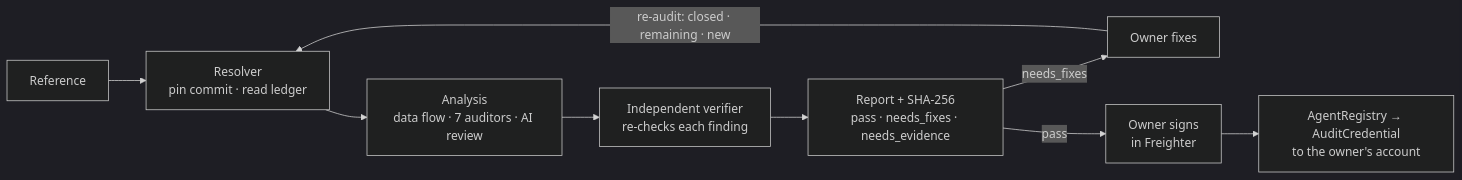
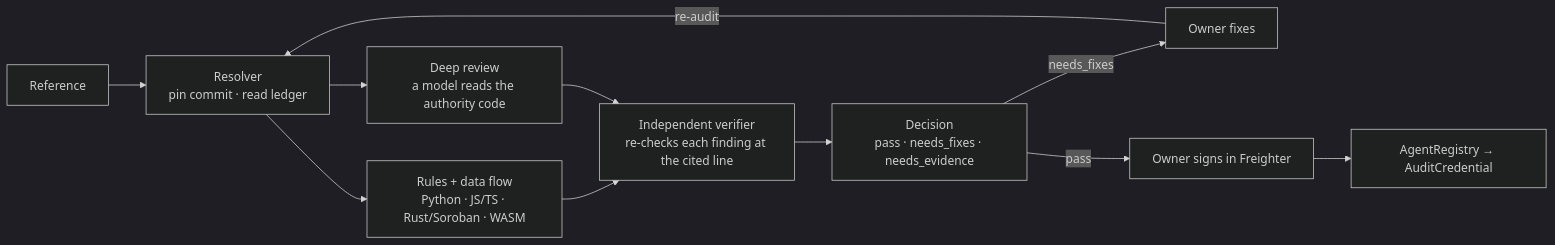
Before and after one commit to furkan3152/Touchmark_agent: the diagram in README.md, drawn with Mermaid (dark theme). The commit also changed other lines of this file and 1 other file, not shown here.

````diff
--- a/README.md
+++ b/README.md
@@ -102,11 +89,11 @@
 ```mermaid
 flowchart LR
     R["Reference"] --> RES["Resolver<br/>pin commit · read ledger"]
-    RES --> AN["Analysis<br/>data flow · 7 auditors · AI review"]
-    AN --> VER["Independent verifier<br/>re-checks each finding"]
-    VER --> REP["Report + SHA-256<br/>pass · needs_fixes · needs_evidence"]
-    REP -->|"needs_fixes"| FIX["Owner fixes"]
-    FIX -->|"re-audit: closed · remaining · new"| RES
-    REP -->|"pass"| SIGN["Owner signs<br/>in Freighter"]
-    SIGN --> CHAIN["AgentRegistry → AuditCredential<br/>to the owner's account"]
+    RES --> RULES["Rules + data flow<br/>Python · JS/TS · Rust/Soroban · WASM"]
+    RES --> AI["Deep review<br/>a model reads the authority code"]
+    RULES --> VER["Independent verifier<br/>re-checks each finding at the cited line"]
+    AI --> VER
+    VER --> DEC["Decision<br/>pass · needs_fixes · needs_evidence"]
+    DEC -->|"needs_fixes"| FIX["Owner fixes"] -->|"re-audit"| RES
+    DEC -->|"pass"| SIGN["Owner signs in Freighter"] --> CHAIN["AgentRegistry → AuditCredential"]
 ```
````
